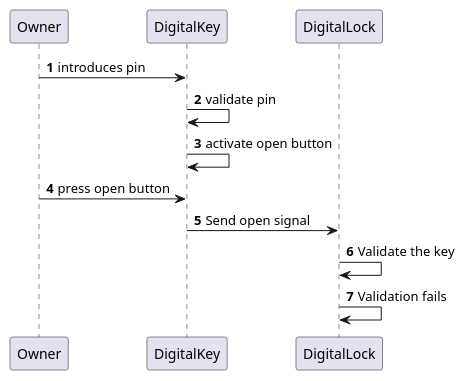
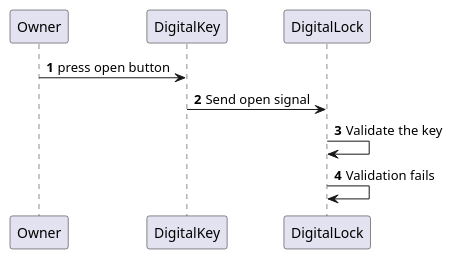
One commit to ppopinot/mda-garage changed the diagram in uml/Open Garage - Fail.puml. Above: the diagram before and after it, drawn with PlantUML.

Commit message:
removed pin

```diff
--- a/uml/Open Garage - Fail.puml
+++ b/uml/Open Garage - Fail.puml
@@ -1,14 +1,11 @@
 @startuml
 'https://plantuml.com/sequence-diagram
 autonumber
 
-Owner -> DigitalKey: introduces pin
-DigitalKey -> DigitalKey: validate pin
-DigitalKey -> DigitalKey: activate open button
 Owner -> DigitalKey: press open button
 
 DigitalKey -> DigitalLock: Send open signal
 DigitalLock -> DigitalLock: Validate the key
 DigitalLock -> DigitalLock: Validation fails
 
 @enduml
```
